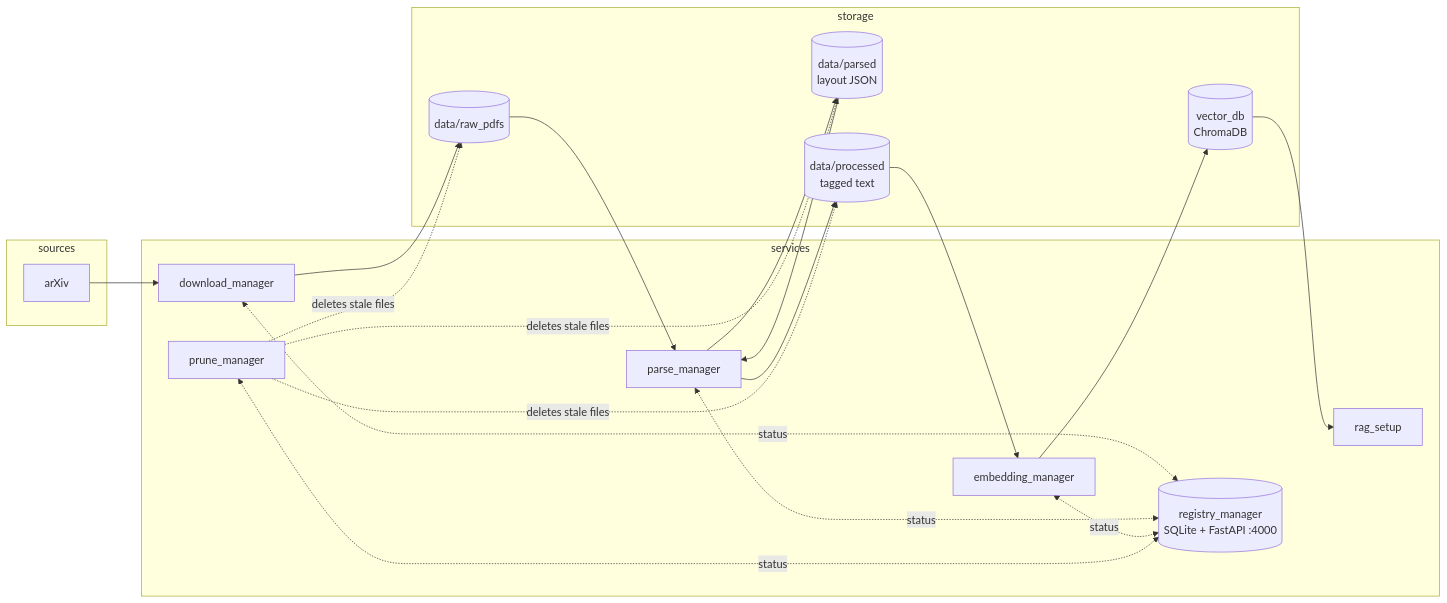
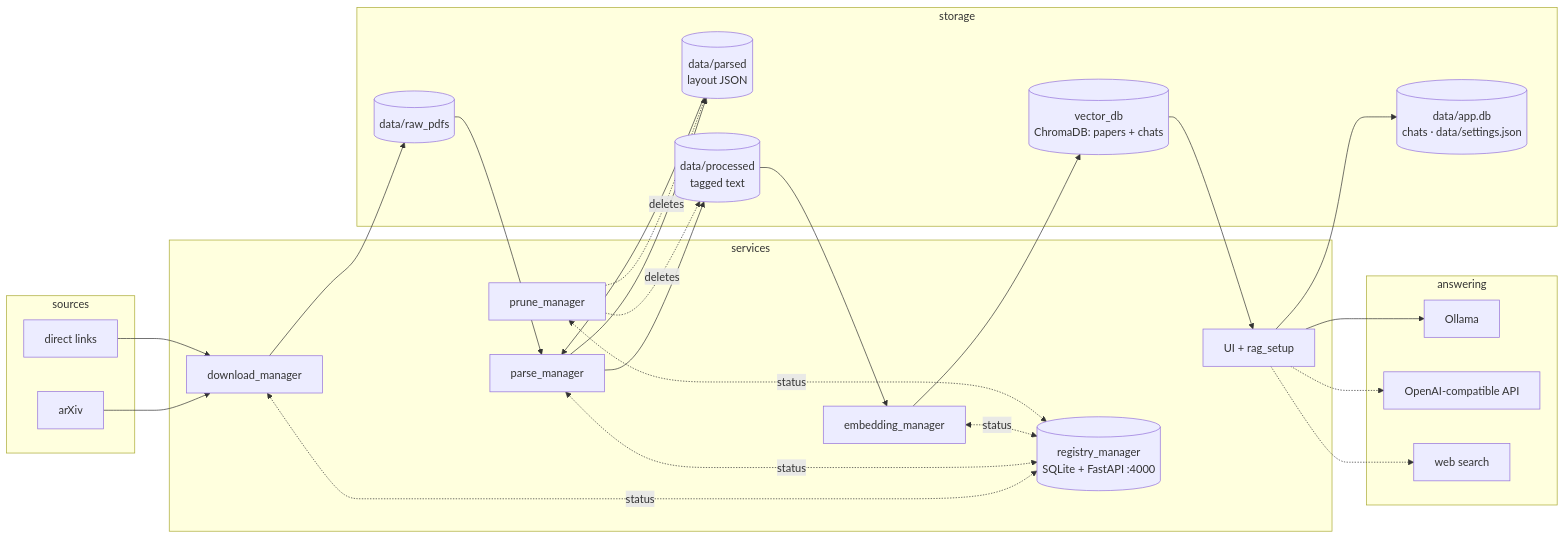
Before and after one commit to mudit-choudhary/Anneal: the diagram in docs/architecture.md, drawn with Mermaid. The commit also changed other lines of this file and 77 other files, not shown here.

````diff
--- a/docs/architecture.md
+++ b/docs/architecture.md
@@ -15,30 +15,42 @@
 ```mermaid
 flowchart LR
     subgraph sources
         AX[arXiv]
+        URL[direct links]
     end
     subgraph services
         DL[download_manager]
         PM[parse_manager]
         EM[embedding_manager]
-        RAG[rag_setup]
+        UI[UI + rag_setup]
         PR[prune_manager]
         REG[(registry_manager\nSQLite + FastAPI :4000)]
     end
     subgraph storage
         RAWPDF[(data/raw_pdfs)]
         PARSED[(data/parsed\nlayout JSON)]
         PROC[(data/processed\ntagged text)]
-        VDB[(vector_db\nChromaDB)]
+        VDB[(vector_db\nChromaDB: papers + chats)]
+        APP[(data/app.db\nchats · data/settings.json)]
+    end
+    subgraph answering
+        OL[Ollama]
+        API[OpenAI-compatible API]
+        WEB[web search]
     end
 
     AX --> DL --> RAWPDF
+    URL --> DL
     RAWPDF --> PM --> PARSED --> PM --> PROC
     PROC --> EM --> VDB
-    VDB --> RAG
+    VDB --> UI
+    UI --> OL
+    UI -.-> API
+    UI -.-> WEB
+    UI --> APP
     DL <-.status.-> REG
     PM <-.status.-> REG
     EM <-.status.-> REG
     PR <-.status.-> REG
-    PR -. deletes stale files .-> RAWPDF & PARSED & PROC
+    PR -. deletes .-> PARSED & PROC
 ```
````
